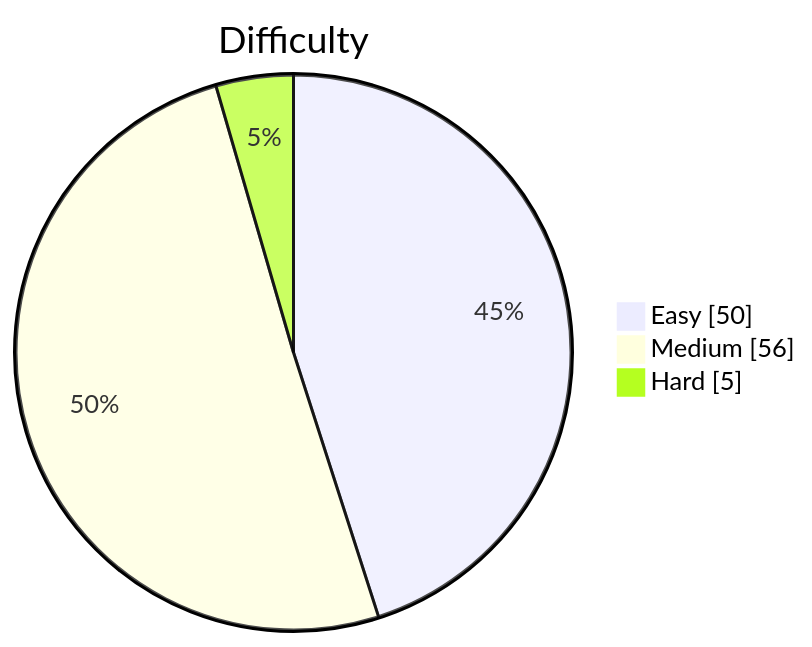
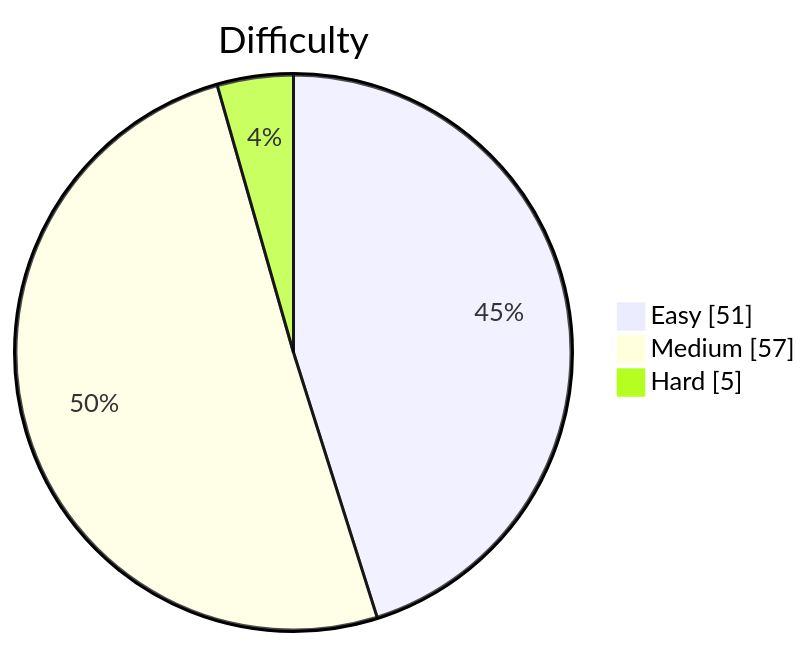
One commit to kevstevie/python-algo-practice changed the diagram in README.md. Above: the diagram before and after it, drawn with Mermaid. The commit also changed other lines of this file, not shown here.

````diff
--- a/README.md
+++ b/README.md
@@ -13,7 +13,7 @@
 ```mermaid
 pie showData
     title Difficulty
-    "Easy"   : 50
-    "Medium" : 56
+    "Easy"   : 51
+    "Medium" : 57
     "Hard"   : 5
 ```
````
